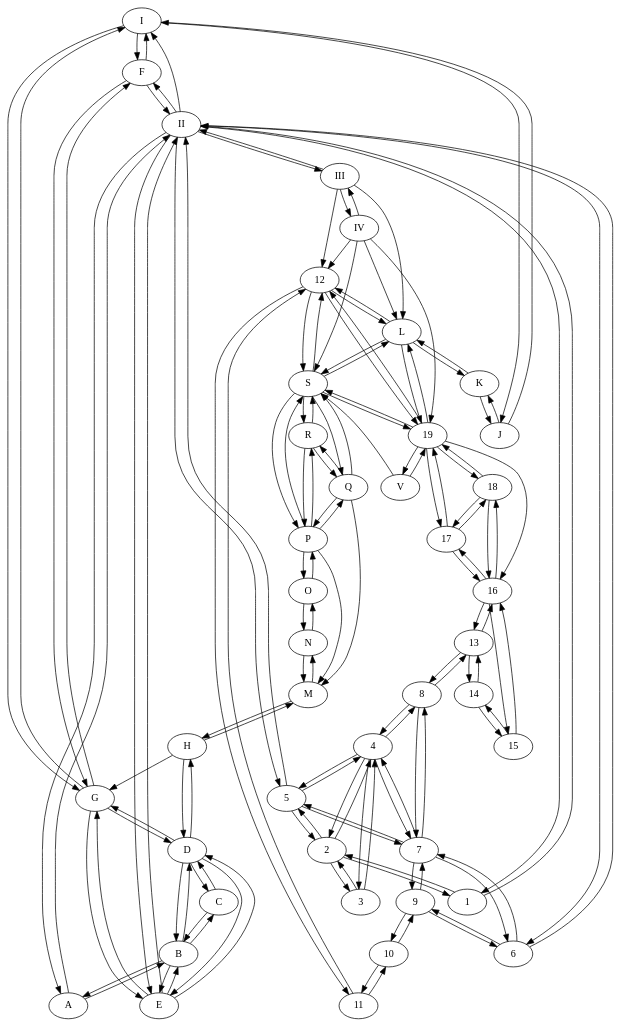
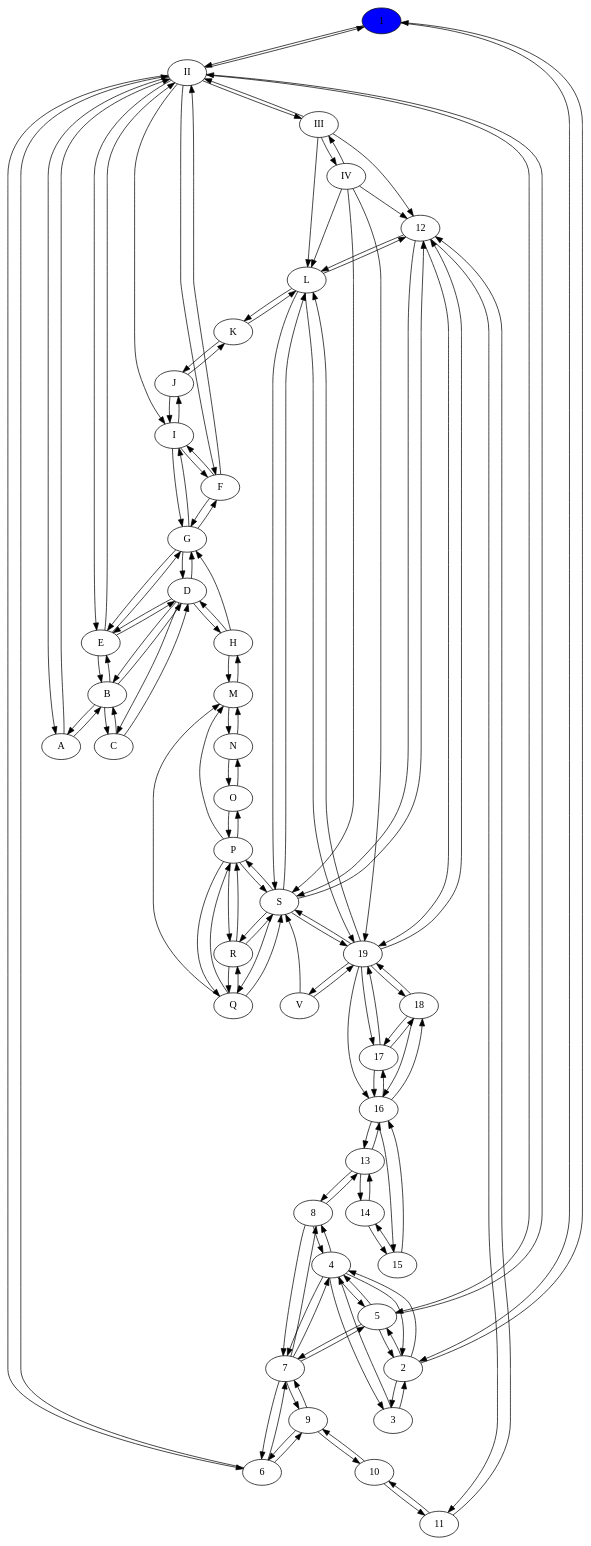
Before and after one commit to timothythiecke/ComputerVisieProject: the diagram in groundplan.dot, drawn with Graphviz. The commit also changed 19 other files, not shown here.

```diff
--- a/groundplan.dot
+++ b/groundplan.dot
@@ -1,145 +1,146 @@
-digraph G {I -> F[color=black]
+digraph G {1[fillcolor=blue, style=filled]
+I -> F[color=black]
 I -> G[color=black]
 I -> J[color=black]
 II -> I[color=black]
 II -> 1[color=black]
 II -> 5[color=black]
 II -> 6[color=black]
 II -> A[color=black]
 II -> E[color=black]
 II -> F[color=black]
 II -> III[color=black]
 III -> II[color=black]
 III -> IV[color=black]
 III -> L[color=black]
 III -> 12[color=black]
 IV -> III[color=black]
 IV -> L[color=black]
 IV -> 12[color=black]
 IV -> S[color=black]
 IV -> 19[color=black]
 V -> S[color=black]
 V -> 19[color=black]
 1 -> 2[color=black]
 1 -> II[color=black]
 2 -> 1[color=black]
 2 -> 3[color=black]
 2 -> 4[color=black]
 2 -> 5[color=black]
 3 -> 2[color=black]
 3 -> 4[color=black]
 4 -> 2[color=black]
 4 -> 3[color=black]
 4 -> 5[color=black]
 4 -> 7[color=black]
 4 -> 8[color=black]
 5 -> 2[color=black]
 5 -> 4[color=black]
 5 -> 7[color=black]
 5 -> II[color=black]
 6 -> 7[color=black]
 6 -> 9[color=black]
 6 -> II[color=black]
 7 -> 4[color=black]
 7 -> 5[color=black]
 7 -> 6[color=black]
 7 -> 8[color=black]
 7 -> 9[color=black]
 8 -> 4[color=black]
 8 -> 7[color=black]
 8 -> 13[color=black]
 9 -> 6[color=black]
 9 -> 7[color=black]
 9 -> 10[color=black]
 10 -> 9[color=black]
 10 -> 11[color=black]
 11 -> 10[color=black]
 11 -> 12[color=black]
 12 -> 11[color=black]
 12 -> 19[color=black]
 12 -> L[color=black]
 12 -> S[color=black]
 13 -> 8[color=black]
 13 -> 14[color=black]
 13 -> 16[color=black]
 14 -> 13[color=black]
 14 -> 15[color=black]
 15 -> 14[color=black]
 15 -> 16[color=black]
 16 -> 13[color=black]
 16 -> 15[color=black]
 16 -> 17[color=black]
 16 -> 18[color=black]
 17 -> 16[color=black]
 17 -> 18[color=black]
 17 -> 19[color=black]
 18 -> 16[color=black]
 18 -> 17[color=black]
 18 -> 19[color=black]
 19 -> 12[color=black]
 19 -> 16[color=black]
 19 -> 17[color=black]
 19 -> 18[color=black]
 19 -> S[color=black]
 19 -> L[color=black]
 19 -> V[color=black]
 A -> B[color=black]
 A -> II[color=black]
 B -> A[color=black]
 B -> C[color=black]
 B -> D[color=black]
 B -> E[color=black]
 C -> B[color=black]
 C -> D[color=black]
 D -> B[color=black]
 D -> C[color=black]
 D -> E[color=black]
 D -> G[color=black]
 D -> H[color=black]
 E -> B[color=black]
 E -> D[color=black]
 E -> G[color=black]
 E -> II[color=black]
 F -> G[color=black]
 F -> I[color=black]
 F -> II[color=black]
 G -> D[color=black]
 G -> E[color=black]
 G -> F[color=black]
 G -> I[color=black]
 H -> D[color=black]
 H -> G[color=black]
 H -> M[color=black]
 J -> I[color=black]
 J -> K[color=black]
 K -> J[color=black]
 K -> L[color=black]
 L -> K[color=black]
 L -> 12[color=black]
 L -> 19[color=black]
 L -> S[color=black]
 M -> H[color=black]
 M -> N[color=black]
 N -> M[color=black]
 N -> O[color=black]
 O -> N[color=black]
 O -> P[color=black]
 P -> M[color=black]
 P -> O[color=black]
 P -> Q[color=black]
 P -> R[color=black]
 P -> S[color=black]
 Q -> M[color=black]
 Q -> P[color=black]
 Q -> R[color=black]
 Q -> S[color=black]
 R -> P[color=black]
 R -> Q[color=black]
 R -> S[color=black]
 S -> P[color=black]
 S -> Q[color=black]
 S -> R[color=black]
 S -> L[color=black]
 S -> 12[color=black]
 S -> 19[color=black]
 }
```
